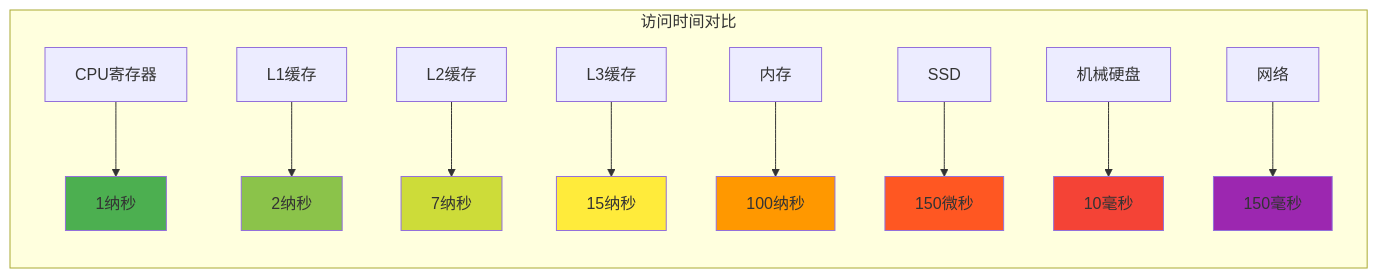
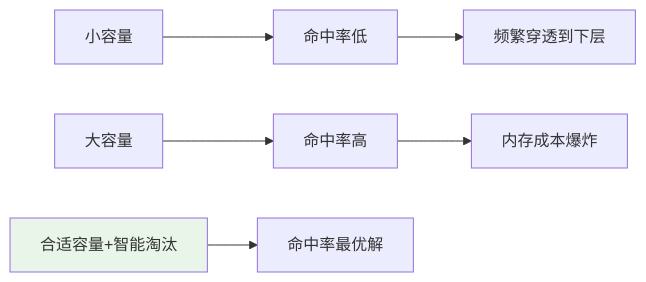
The second of 16 diagrams in 00.通用技术的提升/07.方案设计思想/卷二-数据与存储/07.缓存架构设计思想.md (chongyang211/YCBookBlog), drawn with Mermaid before and after one commit. The commit also changed other lines of this file and 44 other files, not shown here.

````diff
--- a/00.通用技术的提升/07.方案设计思想/卷二-数据与存储/07.缓存架构设计思想.md
+++ b/00.通用技术的提升/07.方案设计思想/卷二-数据与存储/07.缓存架构设计思想.md
@@ -116,22 +111,12 @@
 ```mermaid
 graph LR
-    subgraph "访问时间对比"
-        A[CPU寄存器] --> A1[1纳秒]
-        B[L1缓存] --> B1[2纳秒]
-        C[L2缓存] --> C1[7纳秒]
-        D[L3缓存] --> D1[15纳秒]
-        E[内存] --> E1[100纳秒]
-        F[SSD] --> F1[150微秒]
-        G[机械硬盘] --> G1[10毫秒]
-        H[网络] --> H1[150毫秒]
-    end
-
-    style A1 fill:#4caf50
-    style B1 fill:#8bc34a
-    style C1 fill:#cddc39
-    style D1 fill:#ffeb3b
-    style E1 fill:#ff9800
-    style F1 fill:#ff5722
-    style G1 fill:#f44336
-    style H1 fill:#9c27b0
+    A[小容量] --> B[命中率低]
+    B --> C[频繁穿透到下层]
+    
+    A2[大容量] --> B2[命中率高]
+    B2 --> D[内存成本爆炸]
+    
+    A3[合适容量+智能淘汰] --> B3[命中率最优解]
+    
+    style A3 fill:#e8f5e8
 ```
````
